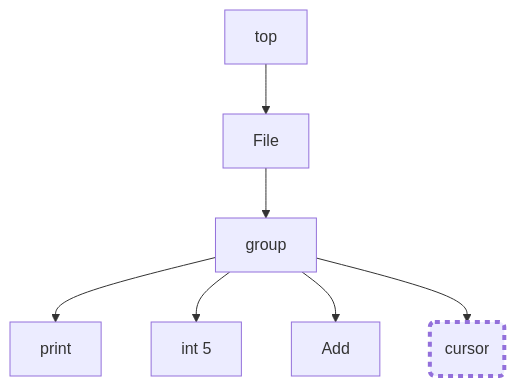
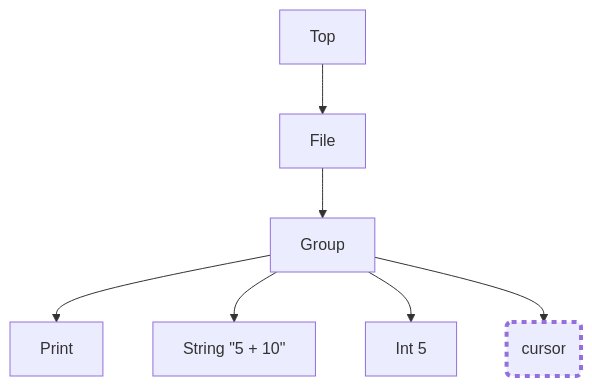
One commit to microsoft/Trieste changed the sixth of 27 diagrams in samples/infix/README.md. Above: the diagram before and after it, drawn with Mermaid. The commit also changed other lines of this file and 1 other file, not shown here.

````diff
--- a/samples/infix/README.md
+++ b/samples/infix/README.md
@@ -293,10 +328,10 @@
 ``` mermaid
 graph TD;
-  A[top]-->B[File]
-  B-->C[group]
-  C-->D[print]
-  C-->E[int 5]
-  C-->F[Add]
+  A[Top]-->B[File]
+  B-->C[Group]
+  C-->D[Print]
+  C-->E["String #quot;5 + 10#quot;"]
+  C-->F[Int 5]
   C-->G(cursor):::cursor
   classDef cursor stroke-width:4px,stroke-dasharray:5 5;
 ```
````
